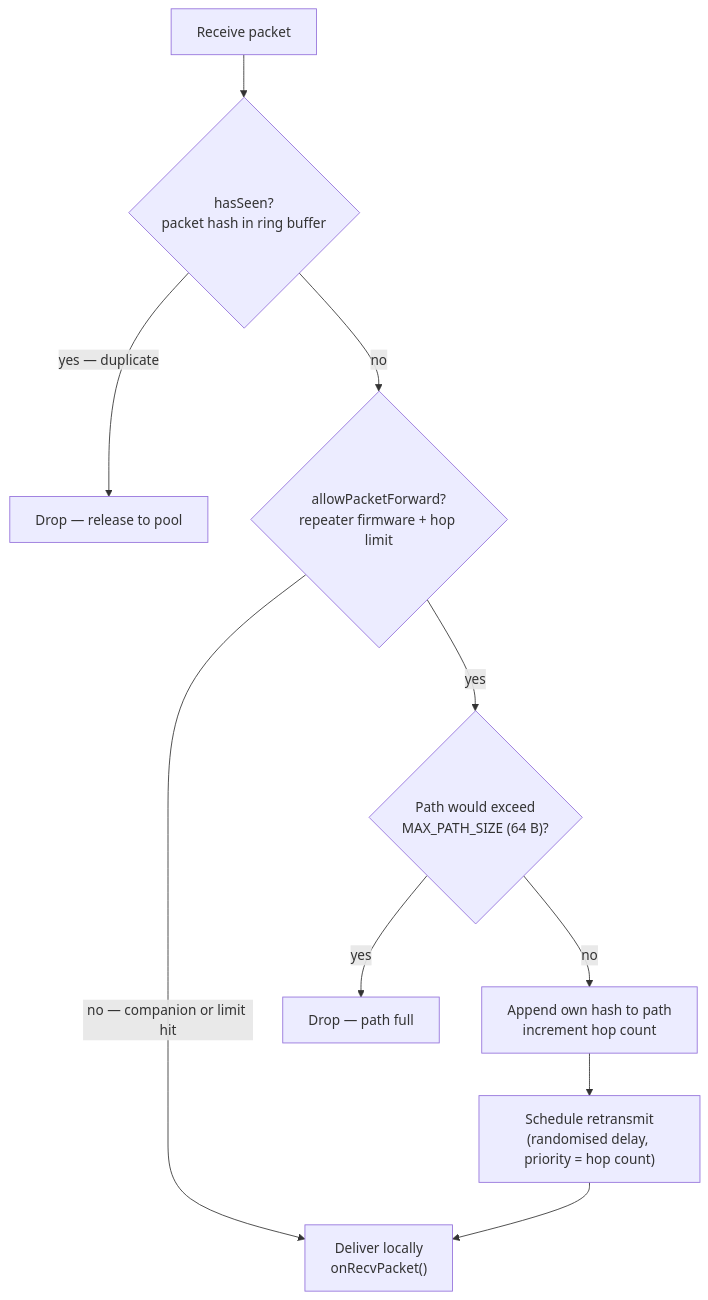
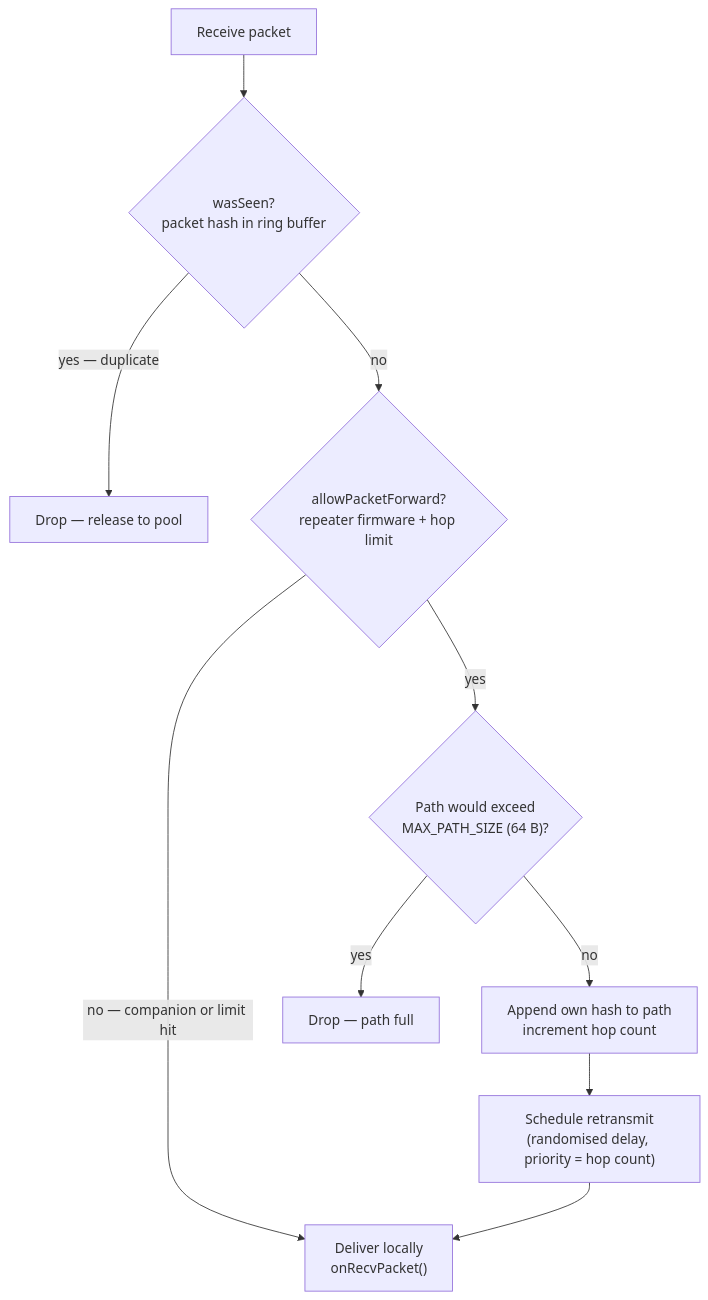
The diagram in docs/protocol/routing-and-flooding.md (jagoda/meshcore-guide), drawn with Mermaid before and after one commit. The commit also changed other lines of this file and 4 other files, not shown here.

Commit message:
checkpoint: Phase 2 — hasSeen split into wasSeen/markSeen across 5 pages incl. Mermaid labels; mkdocs build --strict green

````diff
--- a/docs/protocol/routing-and-flooding.md
+++ b/docs/protocol/routing-and-flooding.md
@@ -31,12 +31,12 @@
 ```mermaid
 flowchart TD
-    recv["Receive packet"] --> seen{"hasSeen?\npacket hash in ring buffer"}
+    recv["Receive packet"] --> seen{"wasSeen?\npacket hash in ring buffer"}
     seen -- "yes — duplicate" --> drop1["Drop — release to pool"]
     seen -- no --> fwd{"allowPacketForward?\nrepeater firmware + hop limit"}
     fwd -- "no — companion or limit hit" --> local["Deliver locally\nonRecvPacket()"]
     fwd -- yes --> cap{"Path would exceed\nMAX_PATH_SIZE (64 B)?"}
     cap -- yes --> drop2["Drop — path full"]
     cap -- no --> append["Append own hash to path\nincrement hop count"]
     append --> delay["Schedule retransmit\n(randomised delay, priority = hop count)"]
     delay --> local
 ```
````
